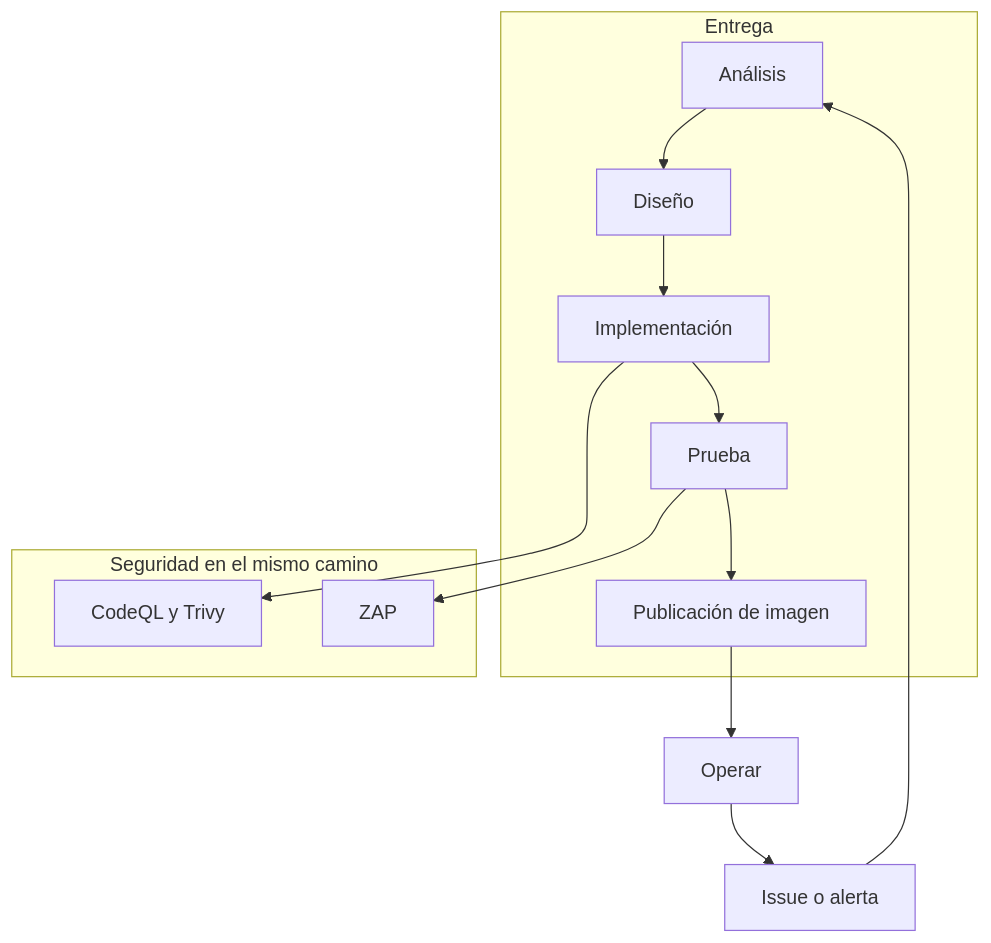
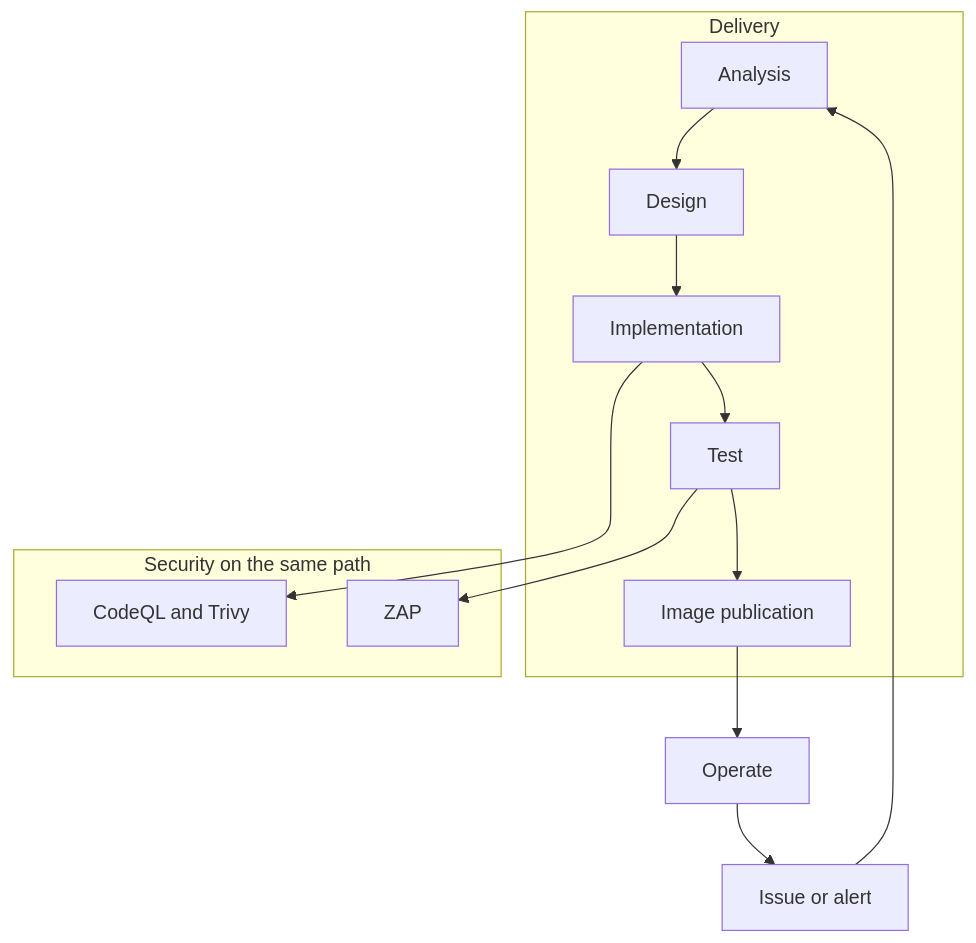
One commit to matiaspakua/notaire changed the third of 3 diagrams in docs/300-development/INGENIERIA.md. Above: the diagram before and after it, drawn with Mermaid. The commit also changed other lines of this file and 52 other files, not shown here.

````diff
--- a/docs/300-development/INGENIERIA.md
+++ b/docs/300-development/INGENIERIA.md
@@ -180,18 +182,18 @@
 ```mermaid
 flowchart TB
-  subgraph entrega [Entrega]
-    analisis[Análisis] --> diseno[Diseño]
-    diseno --> implementacion[Implementación]
-    implementacion --> prueba[Prueba]
-    prueba --> publicacion[Publicación de imagen]
+  subgraph delivery [Delivery]
+    analysis[Analysis] --> design[Design]
+    design --> implementation[Implementation]
+    implementation --> test[Test]
+    test --> publish[Image publication]
   end
-  subgraph seguridad [Seguridad en el mismo camino]
-    sast[CodeQL y Trivy]
+  subgraph security [Security on the same path]
+    sast[CodeQL and Trivy]
     dast[ZAP]
   end
-  implementacion --> sast
-  prueba --> dast
-  publicacion --> operar[Operar]
-  operar --> feedback[Issue o alerta]
-  feedback --> analisis
+  implementation --> sast
+  test --> dast
+  publish --> operate[Operate]
+  operate --> feedback[Issue or alert]
+  feedback --> analysis
 ```
````
